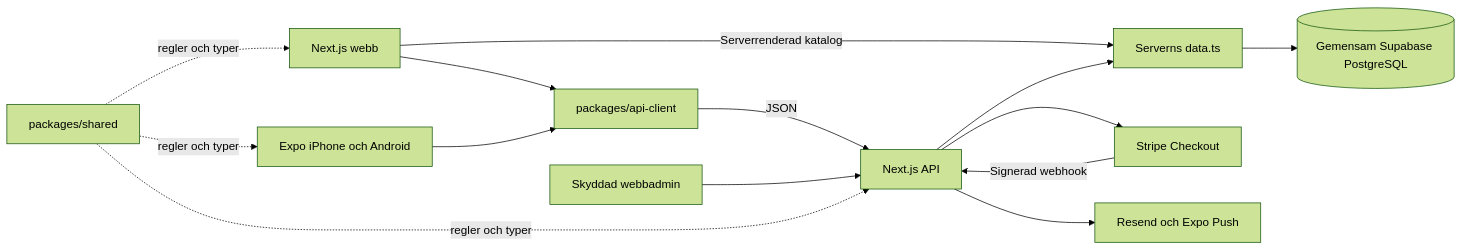
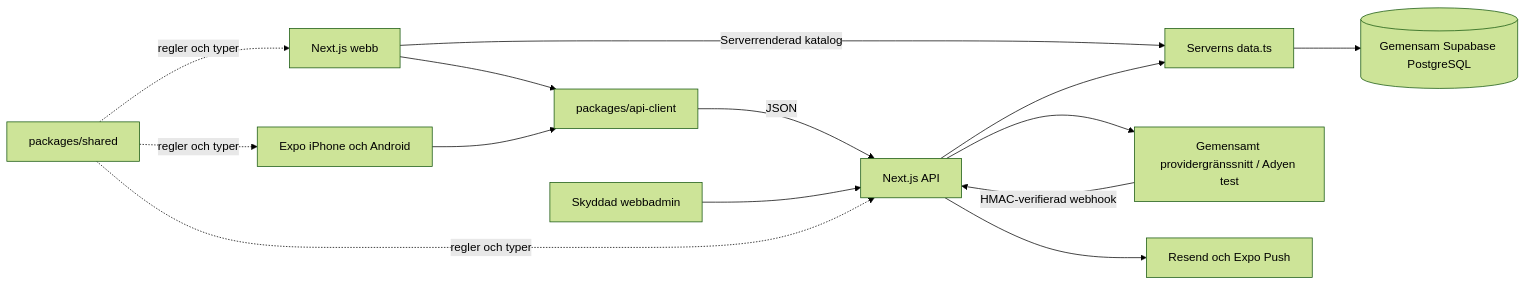
The diagram in docs/ARKITEKTUR.md (sharbel0022/YEHABIBI), drawn with Mermaid (forest theme) before and after one commit. The commit also changed other lines of this file and 24 other files, not shown here.

````diff
--- a/docs/ARKITEKTUR.md
+++ b/docs/ARKITEKTUR.md
@@ -5,16 +5,16 @@
 ```mermaid
 flowchart LR
   Webb[Next.js webb] --> Klient[packages/api-client]
   Mobil[Expo iPhone och Android] --> Klient
   Klient -->|JSON| API[Next.js API]
   Admin[Skyddad webbadmin] --> API
   Webb -->|Serverrenderad katalog| Data[Serverns data.ts]
   API --> Data
   Data --> DB[(Gemensam Supabase PostgreSQL)]
-  API --> Stripe[Stripe Checkout]
-  Stripe -->|Signerad webhook| API
+  API --> Betaltjanst[Gemensamt providergränssnitt / Adyen test]
+  Betaltjanst -->|HMAC-verifierad webhook| API
   API --> Besked[Resend och Expo Push]
   Shared[packages/shared] -. regler och typer .-> Webb
   Shared -. regler och typer .-> Mobil
   Shared -. regler och typer .-> API
 ```
````
